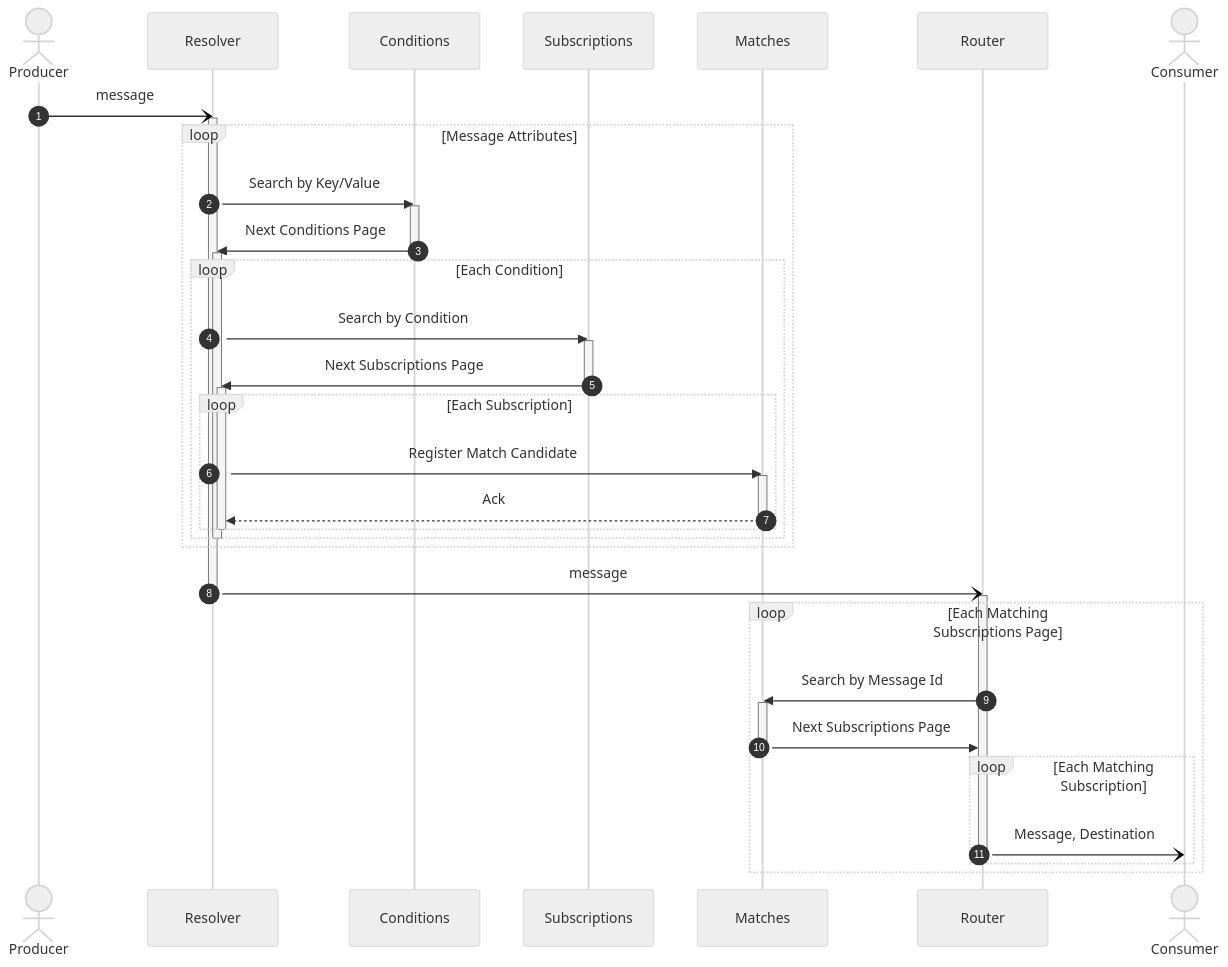
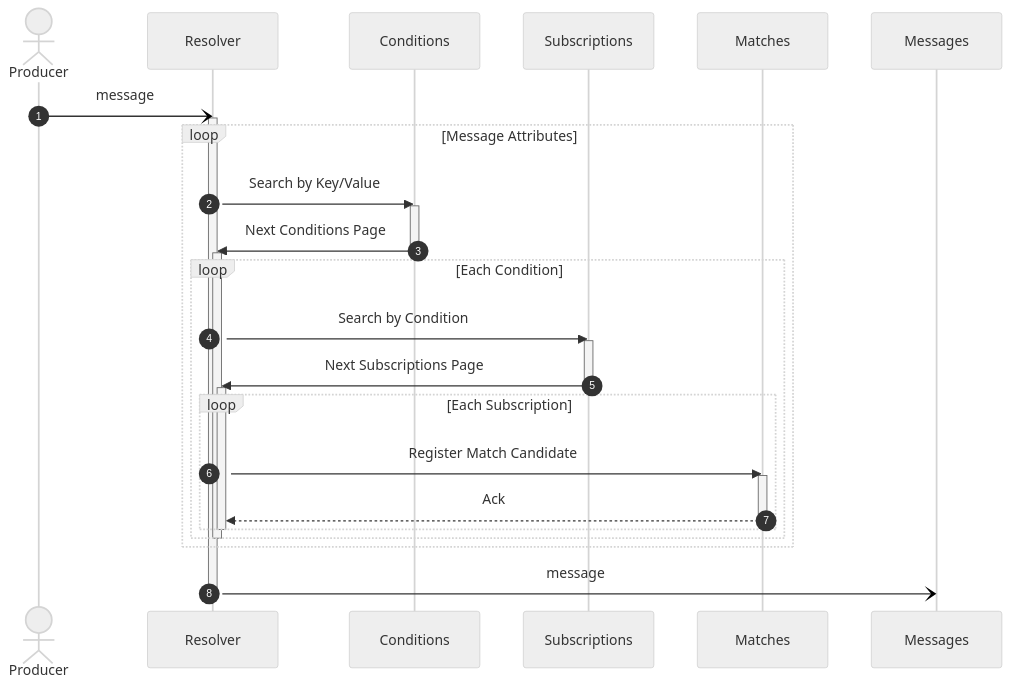
Before and after one commit to awakari/.github: the diagram in profile/README.md, drawn with Mermaid. The commit also changed 2 other files, not shown here.

Commit message:
readme update

````diff
--- a/profile/README.md
+++ b/profile/README.md
@@ -121,63 +121,47 @@
 ```mermaid
 %%{init: {'theme': 'neutral' } }%%
 sequenceDiagram
 
     autonumber
 
     actor Producer
     participant Resolver
     participant Conditions
     participant Subscriptions
     participant Matches
-    participant Router
-    actor Consumer
+    participant Messages
 
     Producer-)Resolver: message
     activate Resolver
     
     loop Message Attributes
     
         Resolver->>Conditions: Search by Key/Value
         activate Conditions
         Conditions->>Resolver: Next Conditions Page
         deactivate Conditions
         
         activate Resolver
         loop Each Condition
             
             Resolver->>Subscriptions: Search by Condition
             activate Subscriptions
             Subscriptions->>Resolver: Next Subscriptions Page
             deactivate Subscriptions
             
             activate Resolver
             loop Each Subscription
                 Resolver->>Matches: Register Match Candidate
                 activate Matches
                 Matches-->>Resolver: Ack
                 deactivate Matches
             end
             deactivate Resolver
             
         end
         deactivate Resolver
     end
         
-    Resolver-)Router: message
+    Resolver-)Messages: message
     deactivate Resolver
-
-    activate Router
-    loop Each Matching Subscriptions Page
-        
-        Router->>Matches: Search by Message Id
-        activate Matches
-        Matches->>Router: Next Subscriptions Page
-        deactivate Matches
-        
-        loop Each Matching Subscription
-            Router-)Consumer: Message, Destination
-            deactivate Router
-        end
-        
-    end
 ```
````
